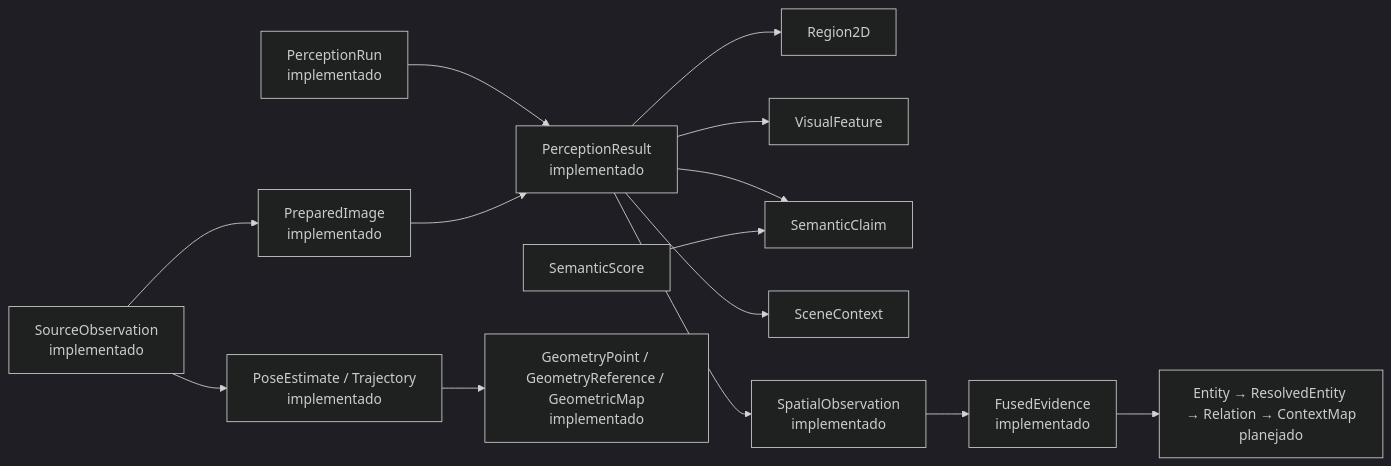
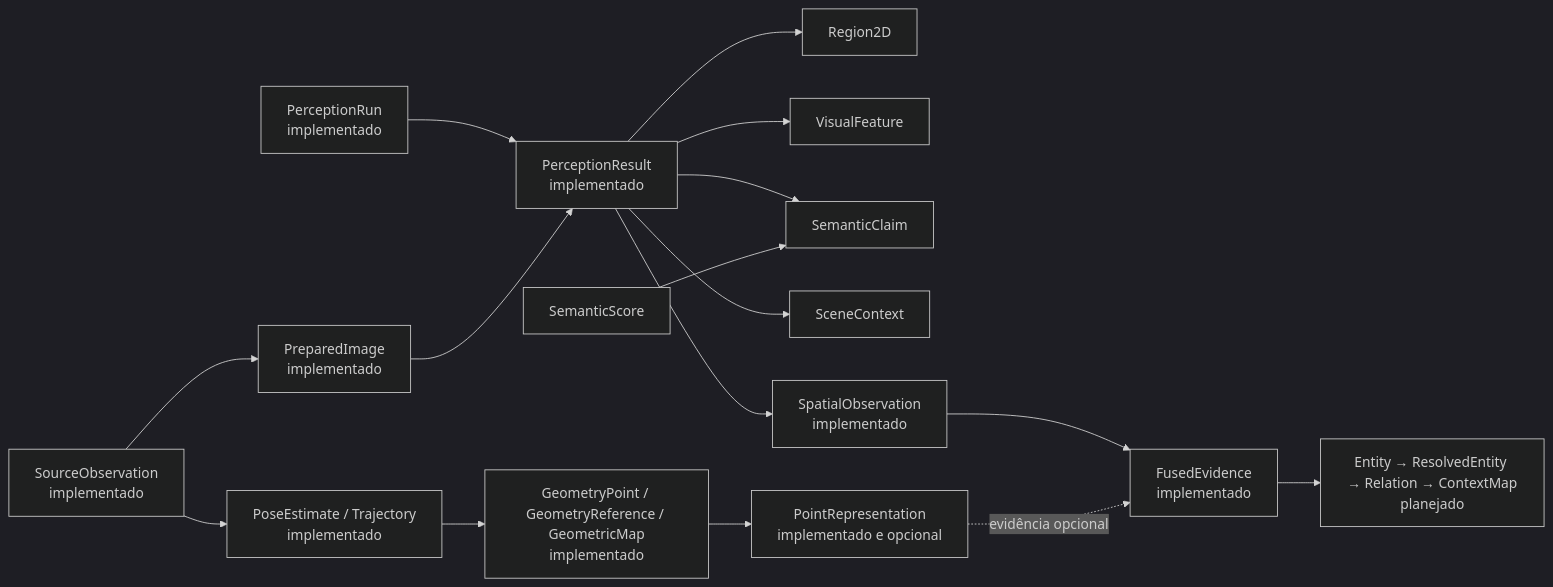
The first of 4 diagrams in docs/CONTRACTS.md (Alexandre-Tortoza/contextmap2), drawn with Mermaid (dark theme) before and after one commit. The commit also changed other lines of this file and 30 other files, not shown here.

````diff
--- a/docs/CONTRACTS.md
+++ b/docs/CONTRACTS.md
@@ -22,16 +22,18 @@
 ```mermaid
 flowchart LR
     SO["SourceObservation<br/>implementado"] --> PI["PreparedImage<br/>implementado"]
     RUN["PerceptionRun<br/>implementado"] --> PR["PerceptionResult<br/>implementado"]
     PI --> PR
     PR --> R["Region2D"]
     PR --> VF["VisualFeature"]
     PR --> SC["SemanticClaim"]
     PR --> CTX["SceneContext"]
     SS["SemanticScore"] --> SC
     SO --> PE["PoseEstimate / Trajectory<br/>implementado"]
     PE --> GR["GeometryPoint / GeometryReference / GeometricMap<br/>implementado"]
     PR --> SP["SpatialObservation<br/>implementado"]
+    GR --> P3["PointRepresentation<br/>implementado e opcional"]
     SP --> FE["FusedEvidence<br/>implementado"]
+    P3 -. evidência opcional .-> FE
     FE --> E["Entity → ResolvedEntity → Relation → ContextMap<br/>planejado"]
 ```
````
